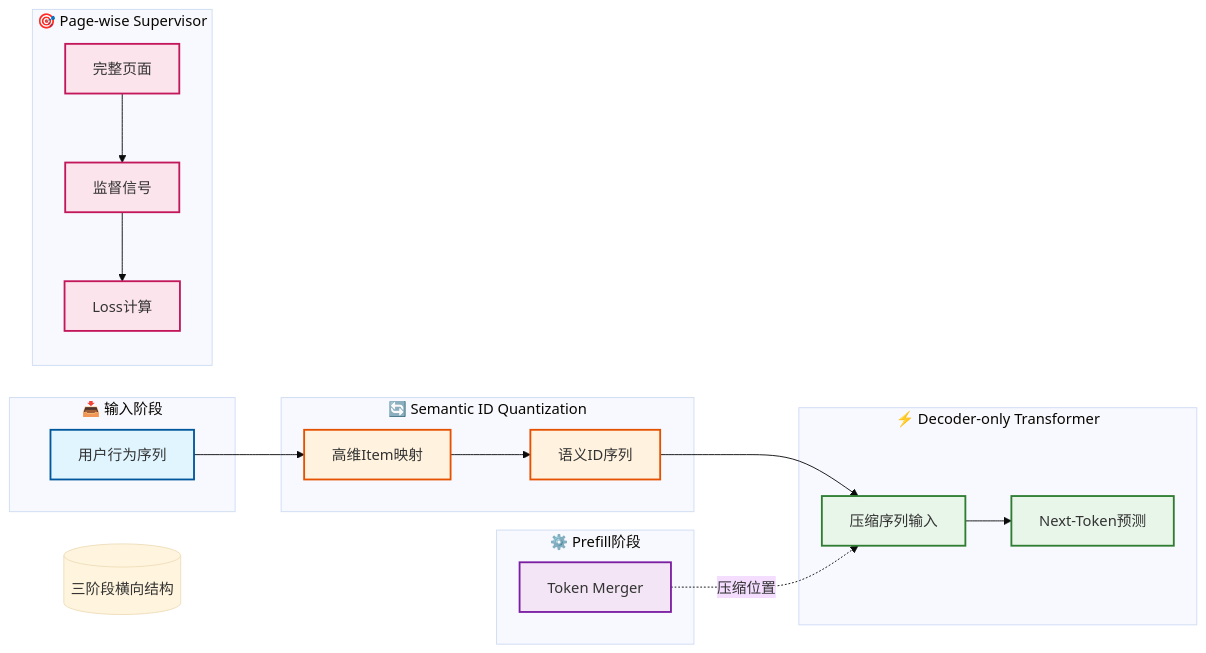
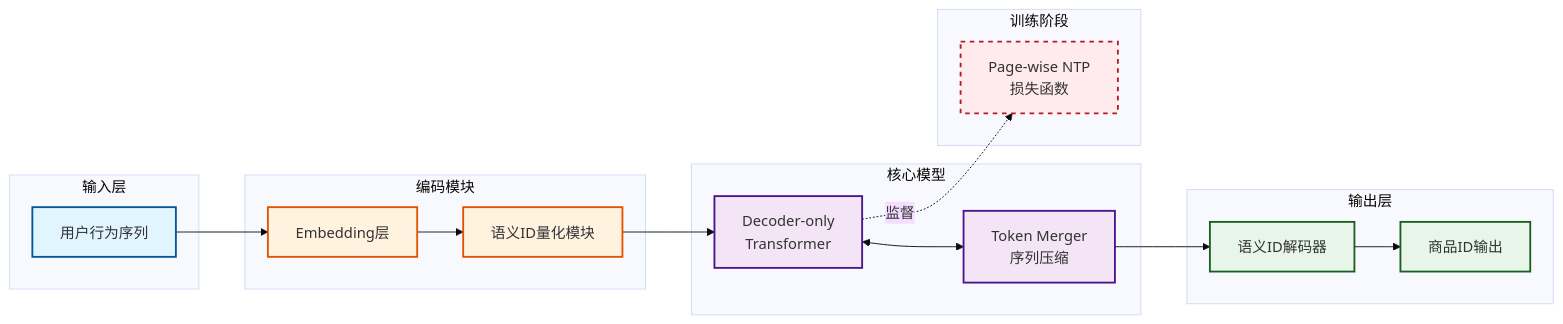
Before and after one commit to Jack-Zhuang/ai-daily-report: the diagram in insights_enhanced/2026-04-19_2604.14878.md, drawn with Mermaid (base theme). The commit also changed other lines of this file and 2 other files, not shown here.

````diff
--- a/insights_enhanced/2026-04-19_2604.14878.md
+++ b/insights_enhanced/2026-04-19_2604.14878.md
@@ -53,54 +53,55 @@
 ```mermaid
 graph LR
-    %% 设置图表样式
+    %% 样式定义
     classDef inputStyle fill:#e1f5fe,stroke:#01579b,stroke-width:2px
-    classDef quantStyle fill:#fff3e0,stroke:#e65100,stroke-width:2px
-    classDef transformerStyle fill:#e8f5e9,stroke:#2e7d32,stroke-width:2px
-    classDef supervisorStyle fill:#fce4ec,stroke:#c2185b,stroke-width:2px
-    classDef mergerStyle fill:#f3e5f5,stroke:#7b1fa2,stroke-width:2px
+    classDef encoderStyle fill:#fff3e0,stroke:#e65100,stroke-width:2px
+    classDef coreStyle fill:#f3e5f5,stroke:#4a148c,stroke-width:2px
+    classDef outputStyle fill:#e8f5e9,stroke:#1b5e20,stroke-width:2px
+    classDef lossStyle fill:#ffebee,stroke:#b71c1c,stroke-width:2px,stroke-dasharray:5,5
 
-    %% 左侧输入阶段
-    subgraph 输入层["📥 输入阶段"]
-        A1[用户行为序列]:::inputStyle
+    %% 输入层
+    subgraph input[输入层]
+        A[用户行为序列]
     end
 
-    %% 中间处理阶段
-    subgraph 量化模块["🔄 Semantic ID Quantization"]
-        B1[高维Item映射]:::quantStyle
-        B2[语义ID序列]:::quantStyle
-        A1 --> B1
-        B1 --> B2
+    %% 编码模块
+    subgraph encoder[编码模块]
+        B[Embedding层]
+        C[语义ID量化模块]
     end
 
-    subgraph 主干网络["⚡ Decoder-only Transformer"]
-        C1[压缩序列输入]:::transformerStyle
-        C2[Next-Token预测]:::transformerStyle
-        B2 --> C1
-        C1 --> C2
+    %% 核心模型
+    subgraph core[核心模型]
+        D[Decoder-only<br/>Transformer]
+        E[Token Merger<br/>序列压缩]
     end
 
-    %% 右侧监督阶段
-    subgraph 监督层["🎯 Page-wise Supervisor"]
-        D1[完整页面]:::supervisorStyle
-        D2[监督信号]:::supervisorStyle
-        D3[Loss计算]:::supervisorStyle
-        D1 --> D2
-        D2 --> D3
+    %% 输出层
+    subgraph output[输出层]
+        F[语义ID解码器]
+        G[商品ID输出]
     end
 
-    %% Prefill阶段Token Merger
-    subgraph Prefill压缩["⚙️ Prefill阶段"]
-        E1[Token Merger]:::mergerStyle
-        E1 -.->|压缩位置| C1
+    %% 训练模块
+    subgraph train[训练阶段]
+        H[Page-wise NTP<br/>损失函数]
     end
 
-    %% 标注信息
-    F1[("三阶段横向结构")]
+    %% 连接关系
+    A --> B
+    B --> C
+    C --> D
+    D <--> E
+    E --> F
+    F --> G
 
-    %% 样式应用
-    class A1 inputStyle
-    class B1,B2 quantStyle
-    class C1,C2 transformerStyle
-    class D1,D2,D3 supervisorStyle
-    class E1 mergerStyle
+    %% 训练监督
+    D -.->|监督| H
+
+    %% 应用样式
+    class A inputStyle
+    class B,C encoderStyle
+    class D,E coreStyle
+    class F,G outputStyle
+    class H lossStyle
 ```
````
